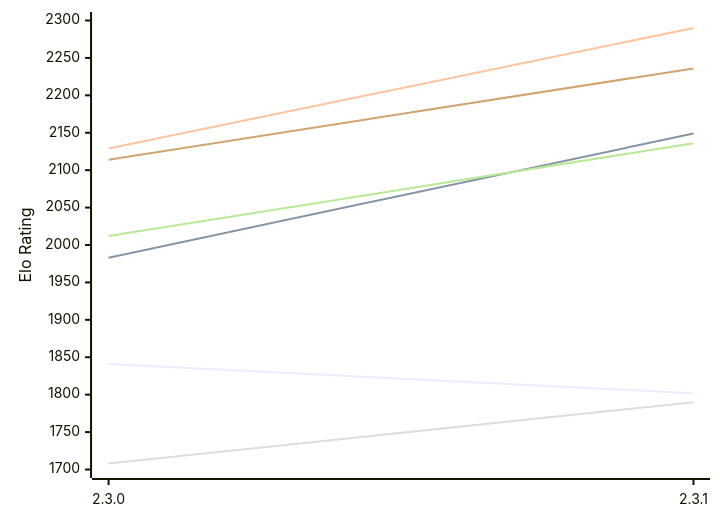
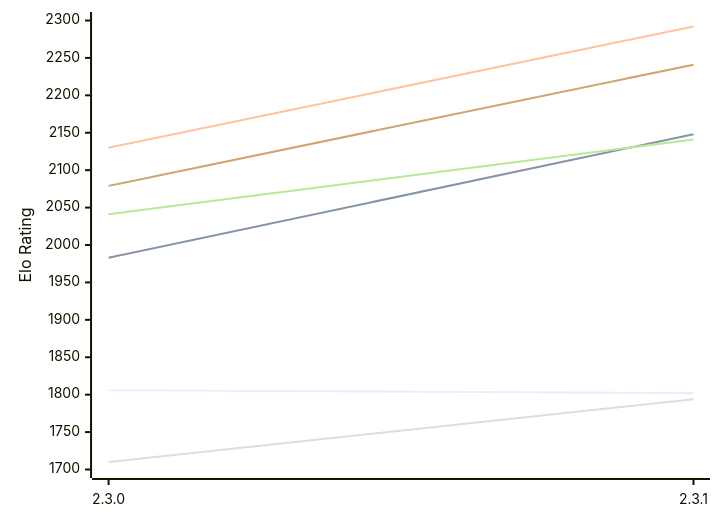
The first of 2 diagrams in engines/Kreveta.md (computer-chess-index/cci), drawn with Mermaid before and after one commit. The commit also changed other lines of this file, not shown here.

Commit message:
Update CCI Ratings (ELO VLTC) - 2026-11-17

````diff
--- a/engines/Kreveta.md
+++ b/engines/Kreveta.md
@@ -59,12 +59,12 @@
 ```mermaid
 %%{init: {"theme":"base","themeVariables":{"seriesColors:['#a3a3a3','#222221','#faa371']}}}%%
 xychart-beta
   x-axis ["2.3.0", "2.3.1"]
   y-axis "Elo Rating" 1700 --> 2300
-  line "E1: STC (8.0+0.08s)" [1841, 1802]
-  line "E1: LTC (60.0+0.60s)" [1983, 2149]
-  line "E1: VLTC (2m24s+1.12s)" [2129, 2290]
-  line "P1: STC (8.0+0.08s)" [1708, 1790]
-  line "P1: LTC (60.0+0.60s)" [2012, 2136]
-  line "P1: VLTC (2m24s+1.12s)" [2114, 2236]
+  line "E1: STC (8.0+0.08s)" [1806, 1802]
+  line "E1: LTC (60.0+0.60s)" [1983, 2148]
+  line "E1: VLTC (2m24s+1.12s)" [2130, 2292]
+  line "P1: STC (8.0+0.08s)" [1710, 1794]
+  line "P1: LTC (60.0+0.60s)" [2041, 2141]
+  line "P1: VLTC (2m24s+1.12s)" [2079, 2241]
 ```
````
